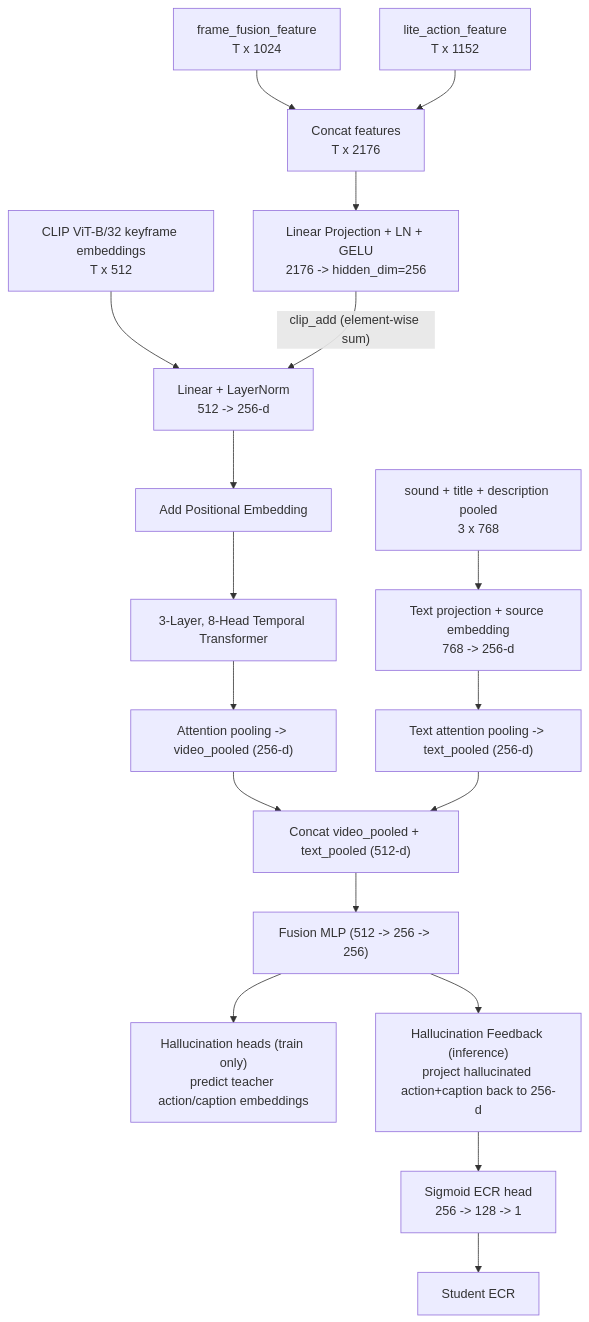
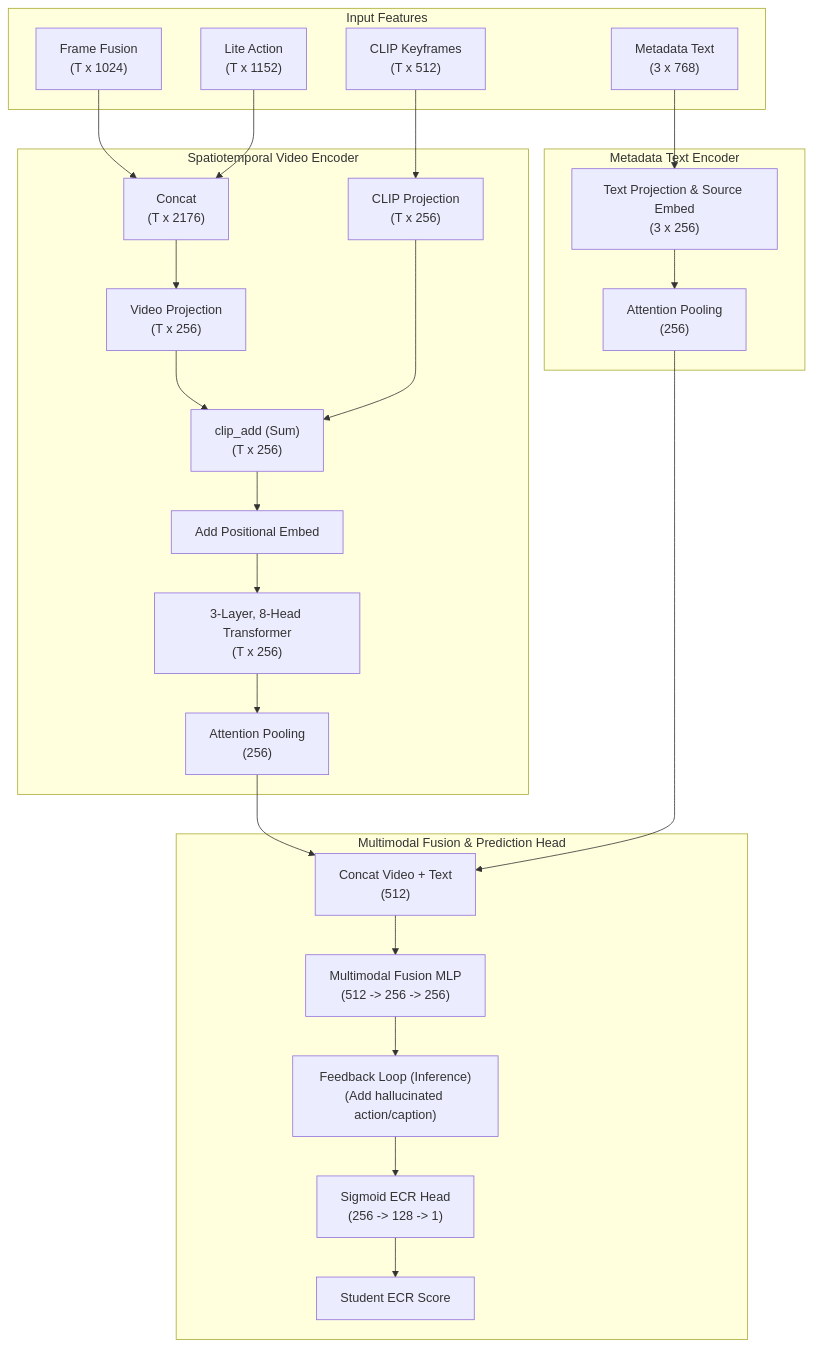
One commit to TranTop2806/SnapUGC-LightKD changed the third of 3 diagrams in README.md. Above: the diagram before and after it, drawn with Mermaid. The commit also changed 9 other files, not shown here.

Commit message:
feat: update dataset visualization assets, teacher architecture diagram, and student architecture flowchart

````diff
--- a/README.md
+++ b/README.md
@@ -271,24 +271,32 @@
 ```mermaid
 flowchart TD
-    VF["frame_fusion_feature\nT x 1024"] --> CONCAT["Concat features\nT x 2176"]
-    LA["lite_action_feature\nT x 1152"] --> CONCAT
-    CONCAT --> VP["Linear Projection + LN + GELU\n2176 -> hidden_dim=256"]
-    
-    CL["CLIP ViT-B/32 keyframe embeddings\nT x 512"] --> CP["Linear + LayerNorm\n512 -> 256-d"]
-    VP -- clip_add (element-wise sum) --> CP
-    CP --> PE["Add Positional Embedding"]
-    PE --> TE["3-Layer, 8-Head Temporal Transformer"]
-    TE --> AP["Attention pooling -> video_pooled (256-d)"]
+    subgraph Input Features
+        VF["Frame Fusion\n(T x 1024)"]
+        LA["Lite Action\n(T x 1152)"]
+        CL["CLIP Keyframes\n(T x 512)"]
+        TX["Metadata Text\n(3 x 768)"]
+    end
 
-    TX["sound + title + description pooled\n3 x 768"] --> TP["Text projection + source embedding\n768 -> 256-d"]
-    TP --> TAP["Text attention pooling -> text_pooled (256-d)"]
+    subgraph Spatiotemporal Video Encoder
+        VF & LA --> CONCAT["Concat\n(T x 2176)"]
+        CONCAT --> VP["Video Projection\n(T x 256)"]
+        CL --> CP["CLIP Projection\n(T x 256)"]
+        VP & CP --> ADD["clip_add (Sum)\n(T x 256)"]
+        ADD --> PE["Add Positional Embed"]
+        PE --> TE["3-Layer, 8-Head Transformer\n(T x 256)"]
+        TE --> AP["Attention Pooling\n(256)"]
+    end
 
-    AP --> CAT["Concat video_pooled + text_pooled (512-d)"]
-    TAP --> CAT
-    CAT --> FM["Fusion MLP (512 -> 256 -> 256)"]
-    
-    FM --> HAL["Hallucination heads (train only)\npredict teacher action/caption embeddings"]
-    FM --> FB["Hallucination Feedback (inference)\nproject hallucinated action+caption back to 256-d"]
-    FB --> EH["Sigmoid ECR head\n256 -> 128 -> 1"]
-    EH --> ECR["Student ECR"]
+    subgraph Metadata Text Encoder
+        TX --> TP["Text Projection & Source Embed\n(3 x 256)"]
+        TP --> TAP["Attention Pooling\n(256)"]
+    end
+
+    subgraph Multimodal Fusion & Prediction Head
+        AP & TAP --> CAT["Concat Video + Text\n(512)"]
+        CAT --> FM["Multimodal Fusion MLP\n(512 -> 256 -> 256)"]
+        FM --> FB["Feedback Loop (Inference)\n(Add hallucinated action/caption)"]
+        FB --> EH["Sigmoid ECR Head\n(256 -> 128 -> 1)"]
+        EH --> ECR["Student ECR Score"]
+    end
 ```
````
